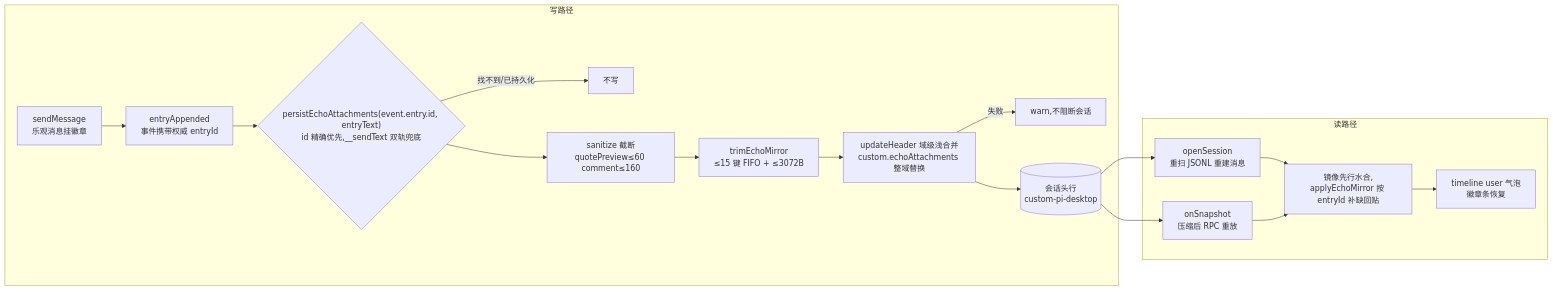
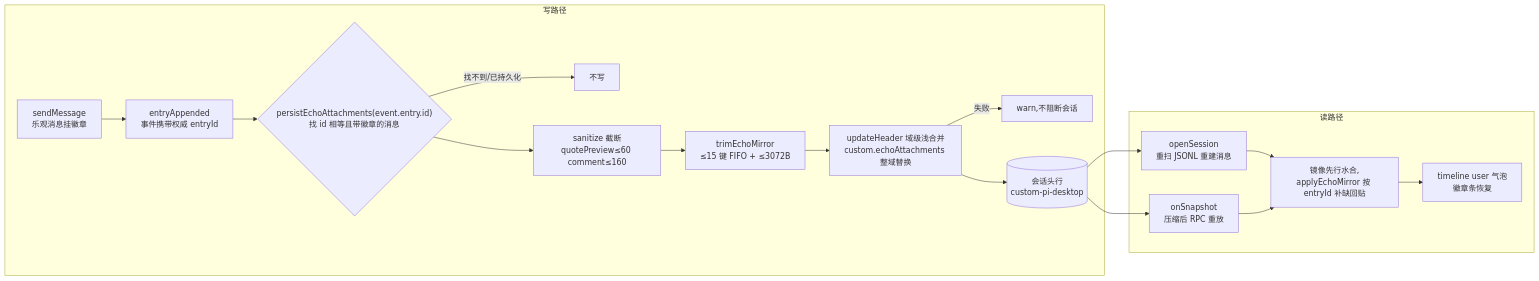
Before and after one commit to GOODDAYDAY/my-harness-desktop: the diagram in docs/design/echo-attachments-persist.md, drawn with Mermaid. The commit also changed other lines of this file and 25 other files, not shown here.

````diff
--- a/docs/design/echo-attachments-persist.md
+++ b/docs/design/echo-attachments-persist.md
@@ -111,20 +107,20 @@
 ```mermaid
 flowchart LR
     subgraph 写路径
         A["sendMessage<br/>乐观消息挂徽章"] --> B["entryAppended<br/>事件携带权威 entryId"]
-        B --> C{"persistEchoAttachments(event.entry.id, entryText)<br/>id 精确优先,__sendText 双轨兜底"}
+        B --> C{"persistEchoAttachments(event.entry.id)<br/>找 id 相等且带徽章的消息"}
         C -->|找不到/已持久化| X["不写"]
         C --> D["sanitize 截断<br/>quotePreview≤60 comment≤160"]
         D --> E["trimEchoMirror<br/>≤15 键 FIFO + ≤3072B"]
         E --> F["updateHeader 域级浅合并<br/>custom.echoAttachments 整域替换"]
         F -->|失败| W["warn,不阻断会话"]
         F --> G[("会话头行<br/>custom-pi-desktop")]
     end
     subgraph 读路径
         G --> H["openSession<br/>重扫 JSONL 重建消息"]
         G --> I["onSnapshot<br/>压缩后 RPC 重放"]
         H --> J["镜像先行水合,<br/>applyEchoMirror 按 entryId 补缺回贴"]
         I --> J
         J --> K["timeline user 气泡<br/>徽章条恢复"]
     end
 ```
````
